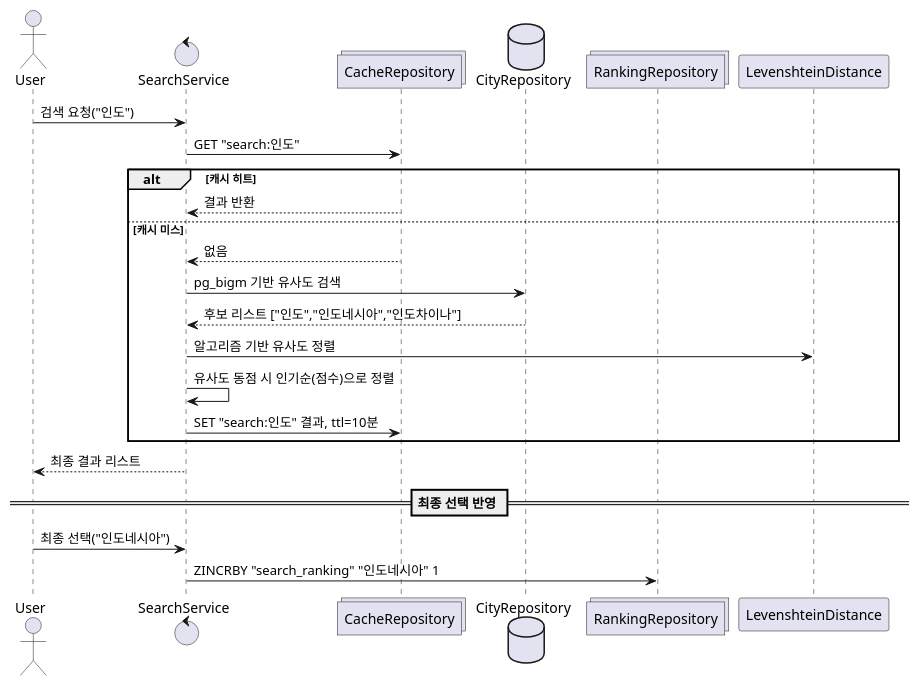
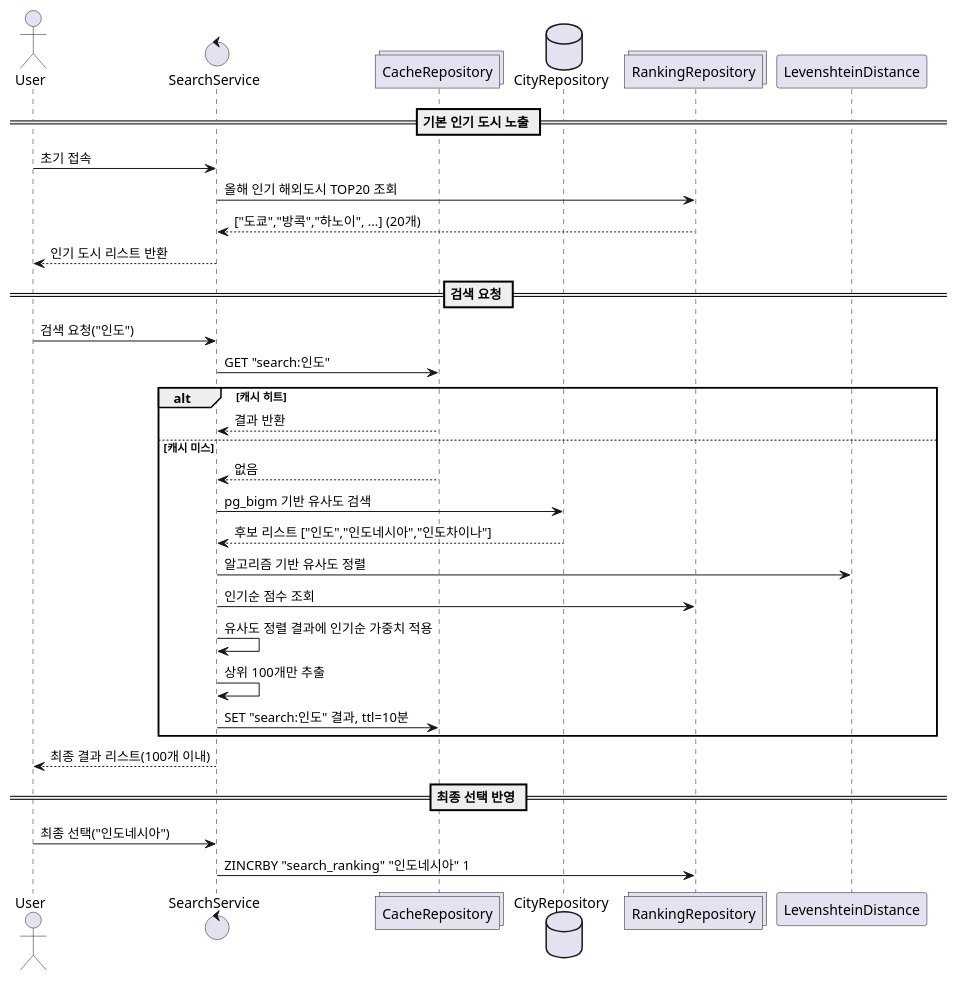
The diagram in diagram/sequence-search.puml (depromeet/globber-server), drawn with PlantUML before and after one commit. The commit also changed 3 other files, not shown here.

```diff
--- a/diagram/sequence-search.puml
+++ b/diagram/sequence-search.puml
@@ -1,29 +1,39 @@
 @startuml
 actor User
 control SearchService
 collections CacheRepository
 database CityRepository
 collections RankingRepository
 
+== 기본 인기 도시 노출 ==
+User -> SearchService : 초기 접속
+SearchService -> RankingRepository : 올해 인기 해외도시 TOP20 조회
+RankingRepository --> SearchService : ["도쿄","방콕","하노이", ...] (20개)
+SearchService --> User : 인기 도시 리스트 반환
+
+== 검색 요청 ==
 User -> SearchService : 검색 요청("인도")
 
 SearchService -> CacheRepository : GET "search:인도"
 alt 캐시 히트
     CacheRepository --> SearchService : 결과 반환
 else 캐시 미스
     CacheRepository --> SearchService : 없음
     SearchService -> CityRepository : pg_bigm 기반 유사도 검색
     CityRepository --> SearchService : 후보 리스트 ["인도","인도네시아","인도차이나"]
 
     SearchService -> LevenshteinDistance : 알고리즘 기반 유사도 정렬
 
-    SearchService -> SearchService : 유사도 동점 시 인기순(점수)으로 정렬
+    SearchService -> RankingRepository : 인기순 점수 조회
+    SearchService -> SearchService : 유사도 정렬 결과에 인기순 가중치 적용
+
+    SearchService -> SearchService : 상위 100개만 추출
     SearchService -> CacheRepository : SET "search:인도" 결과, ttl=10분
 end
 
-SearchService --> User : 최종 결과 리스트
+SearchService --> User : 최종 결과 리스트(100개 이내)
 
 == 최종 선택 반영 ==
 User -> SearchService : 최종 선택("인도네시아")
 SearchService -> RankingRepository : ZINCRBY "search_ranking" "인도네시아" 1
 @enduml
```
